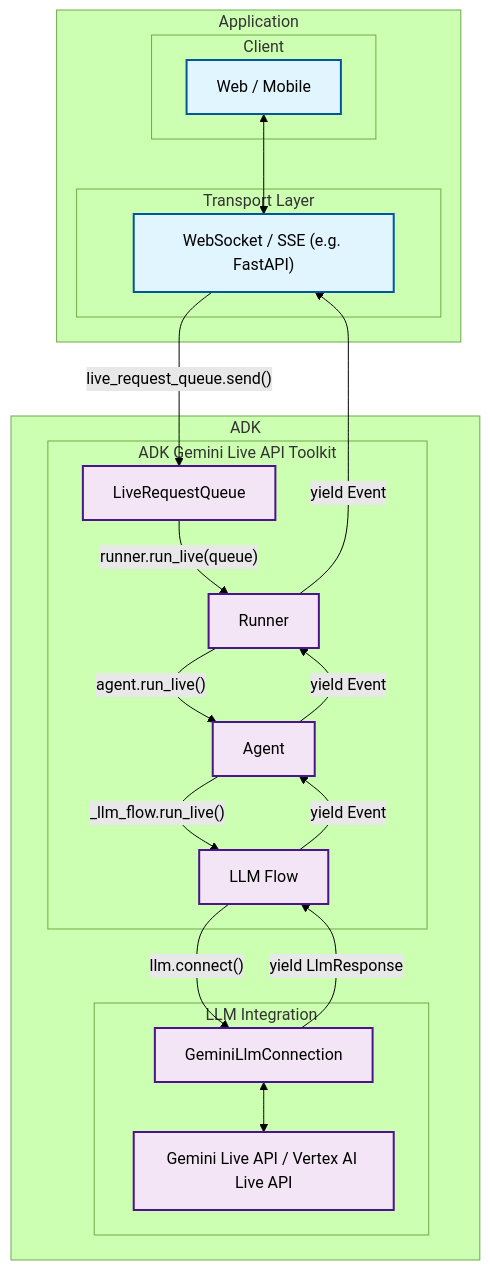
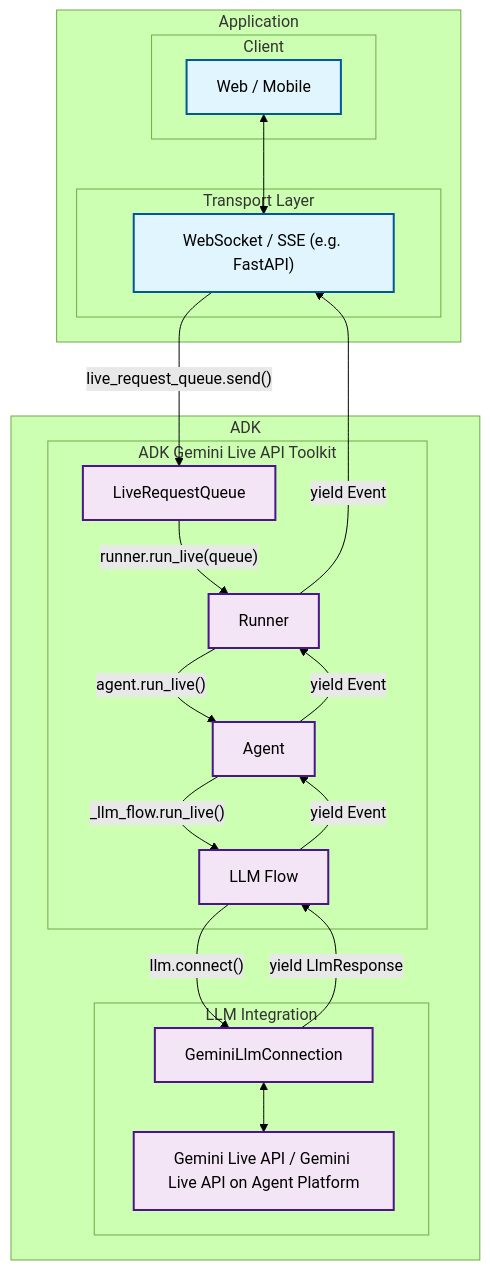
The second of 4 diagrams in docs/streaming/dev-guide/part1.md (google/adk-docs), drawn with Mermaid (forest theme) before and after one commit. The commit also changed other lines of this file and 64 other files, not shown here.

````diff
--- a/docs/streaming/dev-guide/part1.md
+++ b/docs/streaming/dev-guide/part1.md
@@ -258,44 +258,44 @@
 ```mermaid
 graph TB
     subgraph "Application"
         subgraph "Client"
             C1["Web / Mobile"]
         end
 
         subgraph "Transport Layer"
             T1["WebSocket / SSE (e.g. FastAPI)"]
         end
     end
 
     subgraph "ADK"
         subgraph "ADK Gemini Live API Toolkit"
             L1[LiveRequestQueue]
             L2[Runner]
             L3[Agent]
             L4[LLM Flow]
         end
 
         subgraph "LLM Integration"
             G1[GeminiLlmConnection]
-            G2[Gemini Live API / Vertex AI Live API]
+            G2[Gemini Live API / Gemini Live API on Agent Platform]
         end
     end
 
     C1 <--> T1
     T1 -->|"live_request_queue.send()"| L1
     L1 -->|"runner.run_live(queue)"| L2
     L2 -->|"agent.run_live()"| L3
     L3 -->|"_llm_flow.run_live()"| L4
     L4 -->|"llm.connect()"| G1
     G1 <--> G2
     G1 -->|"yield LlmResponse"| L4
     L4 -->|"yield Event"| L3
     L3 -->|"yield Event"| L2
     L2 -->|"yield Event"| T1
 
     classDef external fill:#e1f5fe,stroke:#01579b,stroke-width:2px
     classDef adk fill:#f3e5f5,stroke:#4a148c,stroke-width:2px
 
     class C1,T1 external
     class L1,L2,L3,L4,G1,G2 adk
 ```
````
